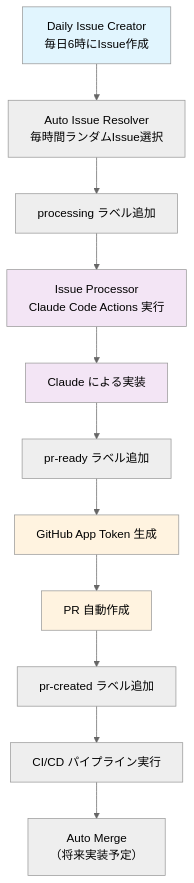
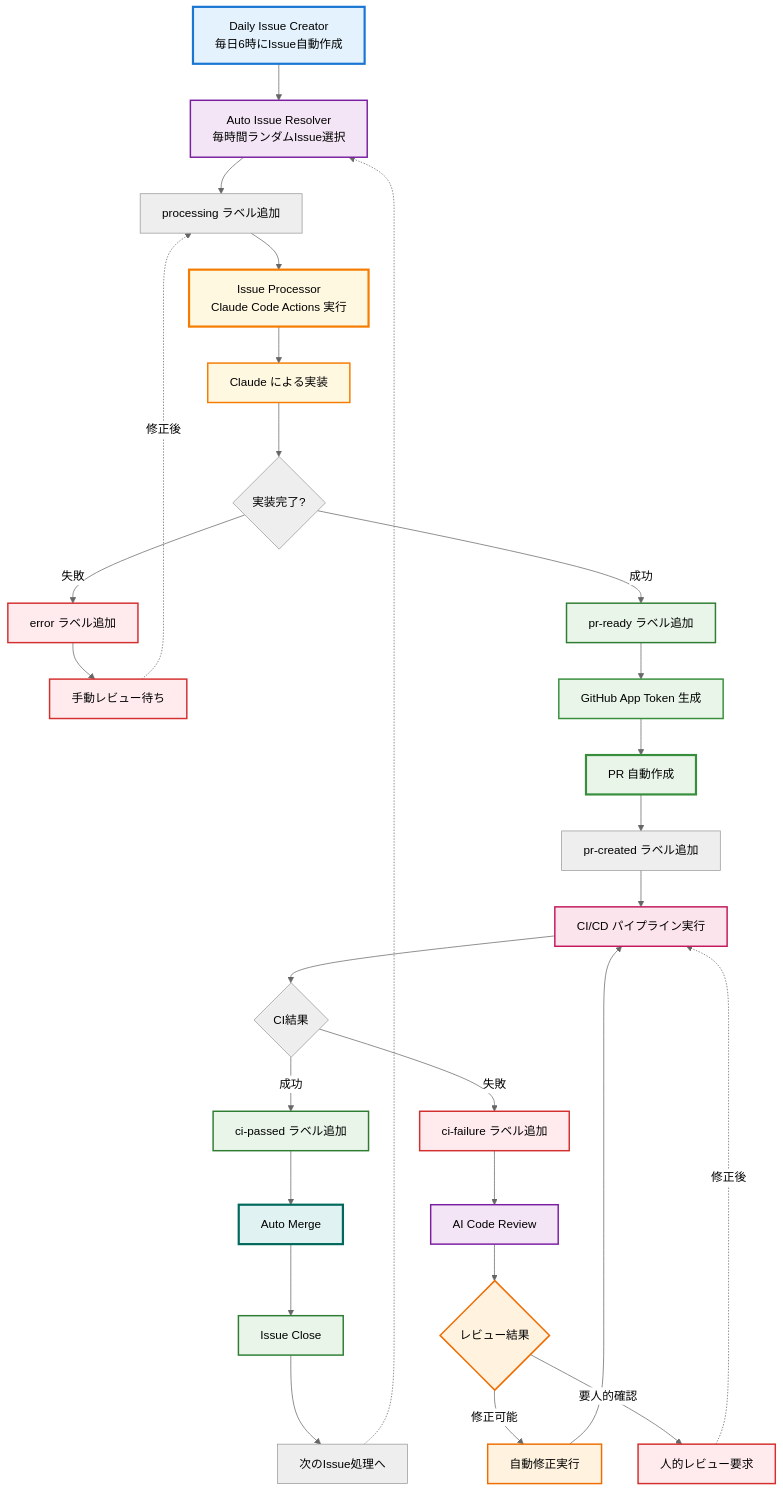
Before and after one commit to azumag/cca-auto-workflows: the first of 2 diagrams in zenn-article.md, drawn with Mermaid (neutral theme). The commit also changed other lines of this file and 4 other files, not shown here.

Commit message:
CIワークフローの改善: Claude Code ReviewとCI Fixの条件を更新し、自動ラベル管理を強化

````diff
--- a/zenn-article.md
+++ b/zenn-article.md
@@ -20,19 +20,53 @@
 ```mermaid
 graph TD
-    A[Daily Issue Creator<br/>毎日6時にIssue作成] --> B[Auto Issue Resolver<br/>毎時間ランダムIssue選択]
-    B --> C[processing ラベル追加]
-    C --> D[Issue Processor<br/>Claude Code Actions 実行]
-    D --> E[Claude による実装]
-    E --> F[pr-ready ラベル追加]
-    F --> G[GitHub App Token 生成]
-    G --> H[PR 自動作成]
-    H --> I[pr-created ラベル追加]
-    I --> J[CI/CD パイプライン実行]
-    J --> K[Auto Merge<br/>（将来実装予定）]
+    A["Daily Issue Creator<br/>毎日6時にIssue自動作成"] --> B["Auto Issue Resolver<br/>毎時間ランダムIssue選択"]
+    B --> C["processing ラベル追加"]
+    C --> D["Issue Processor<br/>Claude Code Actions 実行"]
+    D --> E["Claude による実装"]
+    E --> F{"実装完了?"}
+    F -->|成功| G["pr-ready ラベル追加"]
+    F -->|失敗| H["error ラベル追加"]
+    H --> I["手動レビュー待ち"]
+    I -.->|修正後| C
     
-    style A fill:#e1f5fe
-    style D fill:#f3e5f5
-    style E fill:#f3e5f5
-    style G fill:#fff3e0
-    style H fill:#fff3e0
+    G --> J["GitHub App Token 生成"]
+    J --> K["PR 自動作成"]
+    K --> L["pr-created ラベル追加"]
+    L --> M["CI/CD パイプライン実行"]
+    
+    M --> N{"CI結果"}
+    N -->|成功| O["ci-passed ラベル追加"]
+    N -->|失敗| P["ci-failure ラベル追加"]
+    
+    P --> Q["AI Code Review"]
+    Q --> R{"レビュー結果"}
+    R -->|修正可能| S["自動修正実行"]
+    R -->|要人的確認| T["人的レビュー要求"]
+    
+    S --> M
+    T -.->|修正後| M
+    
+    O --> U["Auto Merge"]
+    U --> V["Issue Close"]
+    V --> W["次のIssue処理へ"]
+    W -.-> B
+    
+    style A fill:#e3f2fd,stroke:#1976d2,stroke-width:3px
+    style B fill:#f3e5f5,stroke:#7b1fa2,stroke-width:2px
+    style D fill:#fff8e1,stroke:#f57c00,stroke-width:3px
+    style E fill:#fff8e1,stroke:#f57c00,stroke-width:2px
+    style J fill:#e8f5e8,stroke:#388e3c,stroke-width:2px
+    style K fill:#e8f5e8,stroke:#388e3c,stroke-width:3px
+    style M fill:#fce4ec,stroke:#c2185b,stroke-width:2px
+    style Q fill:#f3e5f5,stroke:#7b1fa2,stroke-width:2px
+    style U fill:#e0f2f1,stroke:#00695c,stroke-width:3px
+    
+    classDef errorNode fill:#ffebee,stroke:#d32f2f,stroke-width:2px
+    class H,I,P,T errorNode
+    
+    classDef successNode fill:#e8f5e8,stroke:#2e7d32,stroke-width:2px
+    class G,O,V successNode
+    
+    classDef reviewNode fill:#fff3e0,stroke:#ef6c00,stroke-width:2px
+    class Q,R,S reviewNode
 ```
````
